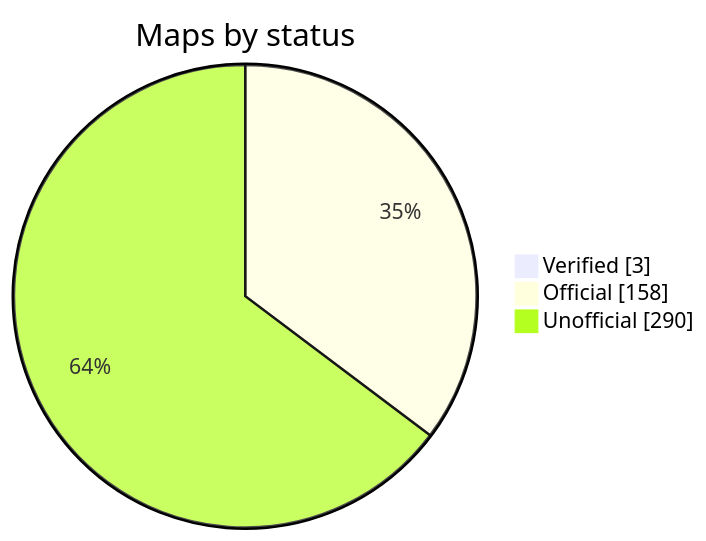
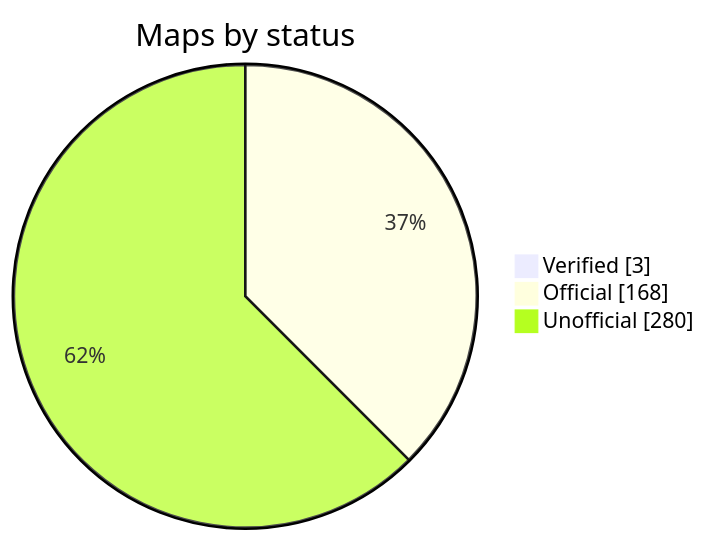
One commit to nobrega8/mbmap-library changed the diagram in README.md. Above: the diagram before and after it, drawn with Mermaid. The commit also changed 1 other file, not shown here.

Commit message:
Rebuild the index

````diff
--- a/README.md
+++ b/README.md
@@ -48,7 +48,7 @@
 ```mermaid
 pie showData
     title Maps by status
     "Verified" : 3
-    "Official" : 158
-    "Unofficial" : 290
+    "Official" : 168
+    "Unofficial" : 280
 ```
````
